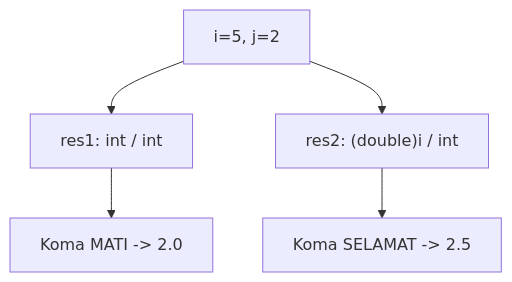
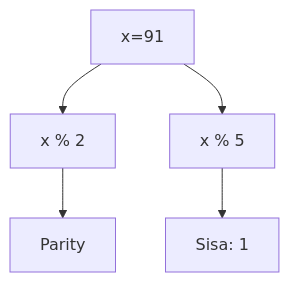
The fourth of 25 diagrams in part-c-pemahaman-cpp/01-tipe-data/latihan/set-09.md (amnahwaida/OSNK_INF_PREP), drawn with Mermaid before and after one commit. The commit also changed other lines of this file and 71 other files, not shown here.

````diff
--- a/part-c-pemahaman-cpp/01-tipe-data/latihan/set-09.md
+++ b/part-c-pemahaman-cpp/01-tipe-data/latihan/set-09.md
@@ -175,7 +112,7 @@
 ```mermaid
 graph TD
-    A["i=5, j=2"] --> B["res1: int / int"]
-    B --> C["Koma MATI -> 2.0"]
-    A --> D["res2: (double)i / int"]
-    D --> E["Koma SELAMAT -> 2.5"]
+A[x=91] --> B[x % 2]
+B --> C[Parity]
+A --> D[x % 5]
+D --> E[Sisa: 1]
 ```
````
